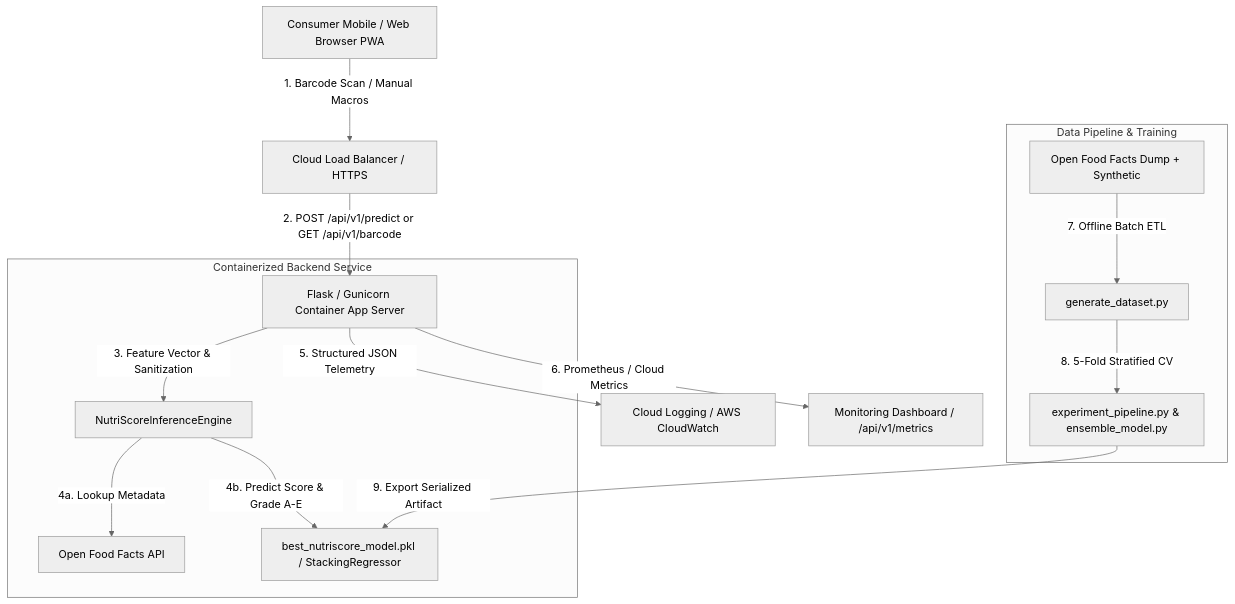
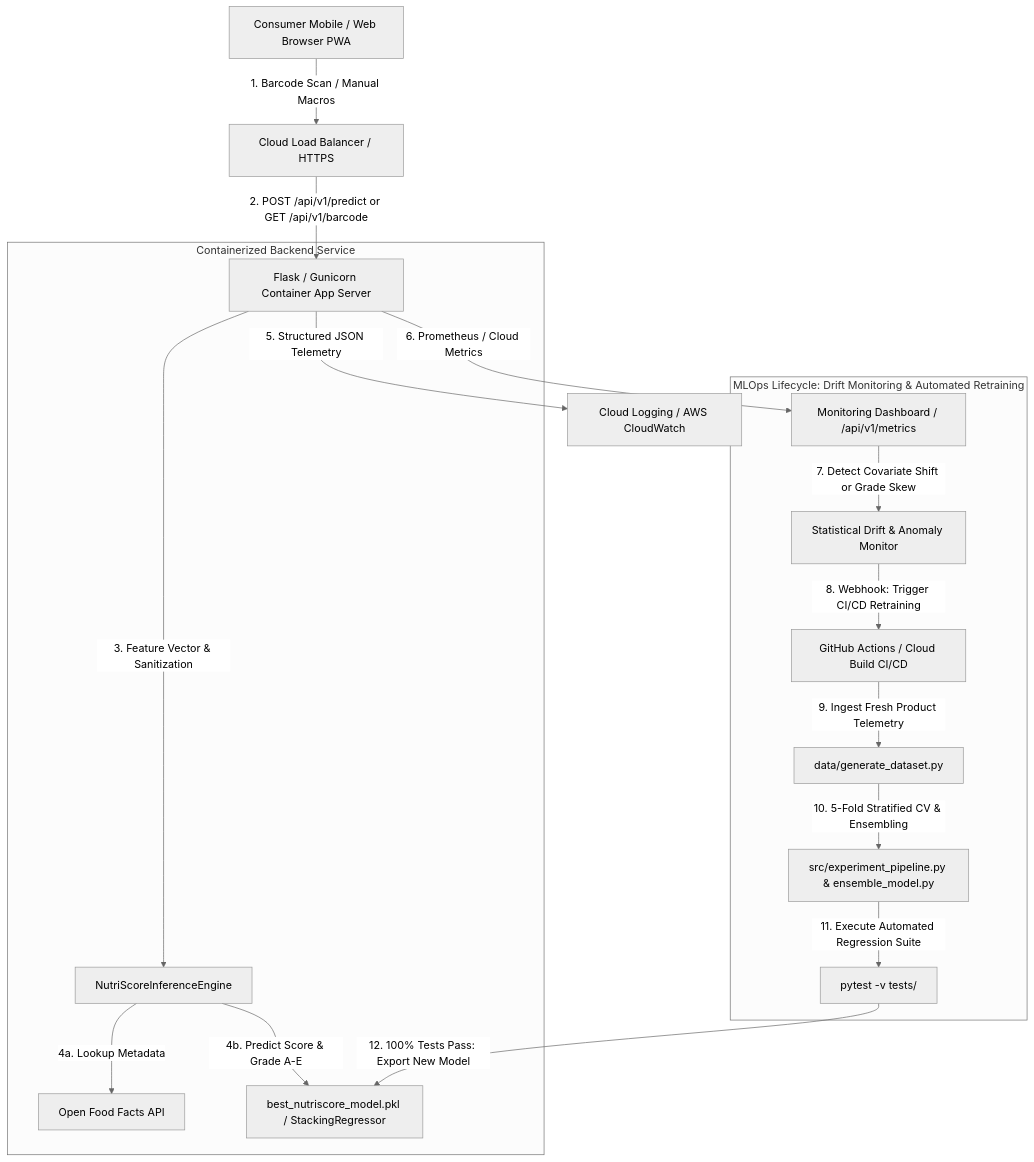
Before and after one commit to Uriel21900/nutrition-scorer: the diagram in docs/step10_deployment_design.md, drawn with Mermaid (neutral theme). The commit also changed other lines of this file and 2 other files, not shown here.

Commit message:
docs(step9-10): upgrade Step 9 and Step 10 docs with MLOps lifecycle, retraining loop, K8s Excellence manifest, and next steps roadmap

````diff
--- a/docs/step10_deployment_design.md
+++ b/docs/step10_deployment_design.md
@@ -8,20 +8,23 @@
 ```mermaid
 graph TD
     Client[Consumer Mobile / Web Browser PWA] -->|1. Barcode Scan / Manual Macros| APIGateway[Cloud Load Balancer / HTTPS]
     APIGateway -->|2. POST /api/v1/predict or GET /api/v1/barcode| FlaskApp[Flask / Gunicorn Container App Server]
     
     subgraph Containerized Backend Service
         FlaskApp -->|3. Feature Vector & Sanitization| MLEngine[NutriScoreInferenceEngine]
         MLEngine -->|4a. Lookup Metadata| OpenFoodFacts[Open Food Facts API]
         MLEngine -->|4b. Predict Score & Grade A-E| StackingModel[best_nutriscore_model.pkl / StackingRegressor]
     end
     
     FlaskApp -->|5. Structured JSON Telemetry| CloudLogging[Cloud Logging / AWS CloudWatch]
     FlaskApp -->|6. Prometheus / Cloud Metrics| CloudMonitor[Monitoring Dashboard / /api/v1/metrics]
     
-    subgraph Data Pipeline & Training
-        RawData[Open Food Facts Dump + Synthetic] -->|7. Offline Batch ETL| GenerateDS[generate_dataset.py]
-        GenerateDS -->|8. 5-Fold Stratified CV| TrainPipeline[experiment_pipeline.py & ensemble_model.py]
-        TrainPipeline -->|9. Export Serialized Artifact| StackingModel
+    subgraph MLOps Lifecycle: Drift Monitoring & Automated Retraining
+        CloudMonitor -->|7. Detect Covariate Shift or Grade Skew| DriftDetector[Statistical Drift & Anomaly Monitor]
+        DriftDetector -->|8. Webhook: Trigger CI/CD Retraining| RetrainAction[GitHub Actions / Cloud Build CI/CD]
+        RetrainAction -->|9. Ingest Fresh Product Telemetry| GenerateDS[data/generate_dataset.py]
+        GenerateDS -->|10. 5-Fold Stratified CV & Ensembling| TrainPipeline[src/experiment_pipeline.py & ensemble_model.py]
+        TrainPipeline -->|11. Execute Automated Regression Suite| TestSuite[pytest -v tests/]
+        TestSuite -->|12. 100% Tests Pass: Export New Model| StackingModel
     end
 ```
````
